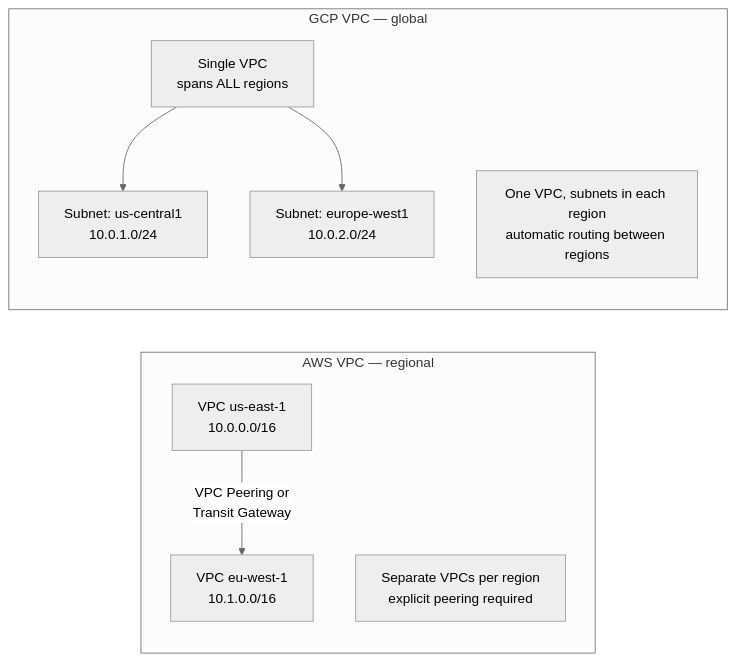
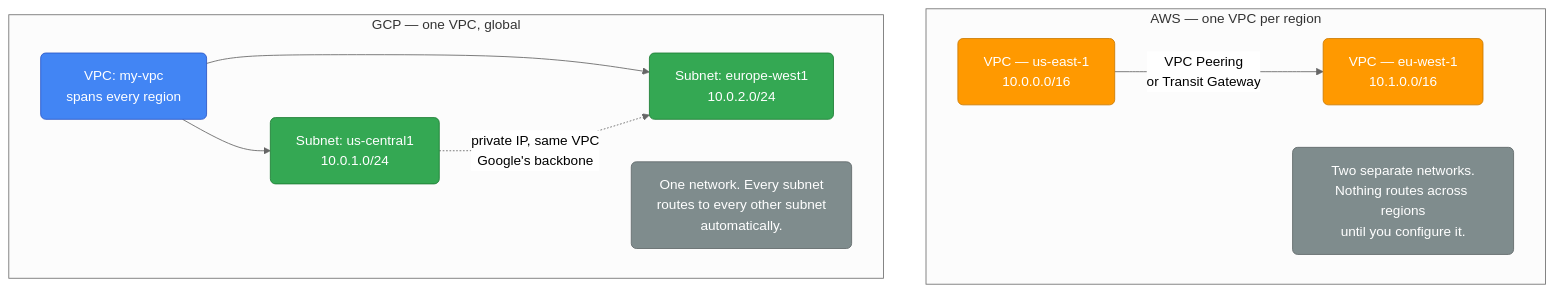
One commit to deepanshu-rawat6/DevOpsIndex changed the second of 2 diagrams in gcp/gcp-vs-aws.md. Above: the diagram before and after it, drawn with Mermaid (neutral theme). The commit also changed other lines of this file and 14 other files, not shown here.

````diff
--- a/gcp/gcp-vs-aws.md
+++ b/gcp/gcp-vs-aws.md
@@ -71,16 +93,24 @@
 ```mermaid
-graph LR
-    subgraph AWS["AWS VPC — regional"]
-        AVPC1["VPC us-east-1<br>10.0.0.0/16"] 
-        AVPC2["VPC eu-west-1<br>10.1.0.0/16"]
-        AVPC1 -->|"VPC Peering or\nTransit Gateway"| AVPC2
-        NOTE_A["Separate VPCs per region<br>explicit peering required"]
+graph TD
+    classDef awsvpc fill:#ff9900,stroke:#cc7a00,color:#fff,rx:6
+    classDef gcpvpc fill:#4285f4,stroke:#2a56c6,color:#fff,rx:6
+    classDef subnet fill:#34a853,stroke:#1e7e34,color:#fff,rx:6
+    classDef note fill:#7f8c8d,stroke:#616a6b,color:#fff,rx:6
+
+    subgraph AWS_MODEL["AWS — one VPC per region"]
+        AVPC1["VPC — us-east-1<br/>10.0.0.0/16"]:::awsvpc
+        AVPC2["VPC — eu-west-1<br/>10.1.0.0/16"]:::awsvpc
+        AVPC1 -->|"VPC Peering<br/>or Transit Gateway"| AVPC2
+        ANOTE["Two separate networks.<br/>Nothing routes across regions<br/>until you configure it."]:::note
     end
-    subgraph GCP["GCP VPC — global"]
-        GVPC["Single VPC<br>spans ALL regions"]
-        US["Subnet: us-central1<br>10.0.1.0/24"]
-        EU["Subnet: europe-west1<br>10.0.2.0/24"]
-        GVPC --> US & EU
-        NOTE_G["One VPC, subnets in each region<br>automatic routing between regions"]
+
+    subgraph GCP_MODEL["GCP — one VPC, global"]
+        GVPC["VPC: my-vpc<br/>spans every region"]:::gcpvpc
+        US["Subnet: us-central1<br/>10.0.1.0/24"]:::subnet
+        EU["Subnet: europe-west1<br/>10.0.2.0/24"]:::subnet
+        GVPC --> US
+        GVPC --> EU
+        US -.->|"private IP, same VPC<br/>Google's backbone"| EU
+        GNOTE["One network. Every subnet<br/>routes to every other subnet<br/>automatically."]:::note
     end
 ```
````
